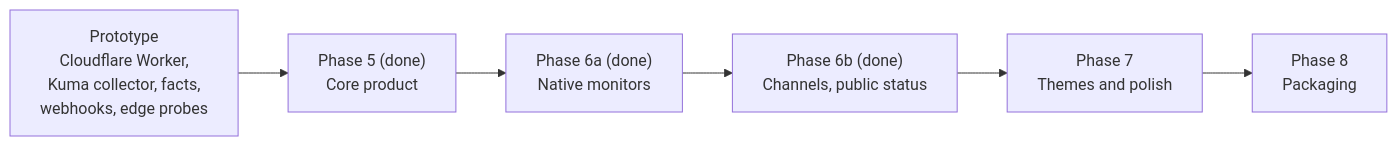
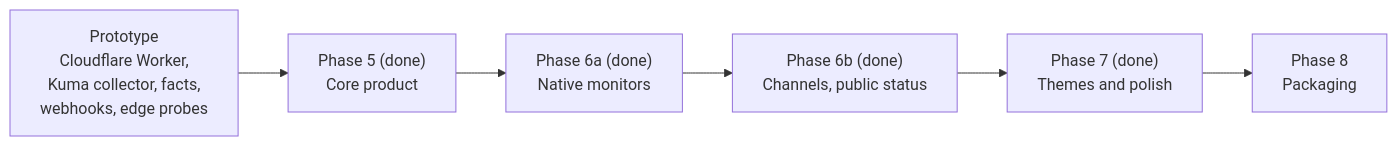
The diagram in docs/roadmap.md (bts-io/uptellis), drawn with Mermaid before and after one commit. The commit also changed other lines of this file and 11 other files, not shown here.

Commit message:
docs: screenshots of all nine themes, themes doc and roadmap for phase 7

````diff
--- a/docs/roadmap.md
+++ b/docs/roadmap.md
@@ -9,8 +9,8 @@
 ```mermaid
 flowchart LR
   now["Prototype<br/>Cloudflare Worker,<br/>Kuma collector, facts,<br/>webhooks, edge probes"] --> p5["Phase 5 (done)<br/>Core product"]
   p5 --> p6a["Phase 6a (done)<br/>Native monitors"]
   p6a --> p6b["Phase 6b (done)<br/>Channels, public status"]
-  p6b --> p7["Phase 7<br/>Themes and polish"]
+  p6b --> p7["Phase 7 (done)<br/>Themes and polish"]
   p7 --> p8["Phase 8<br/>Packaging"]
 ```
````
